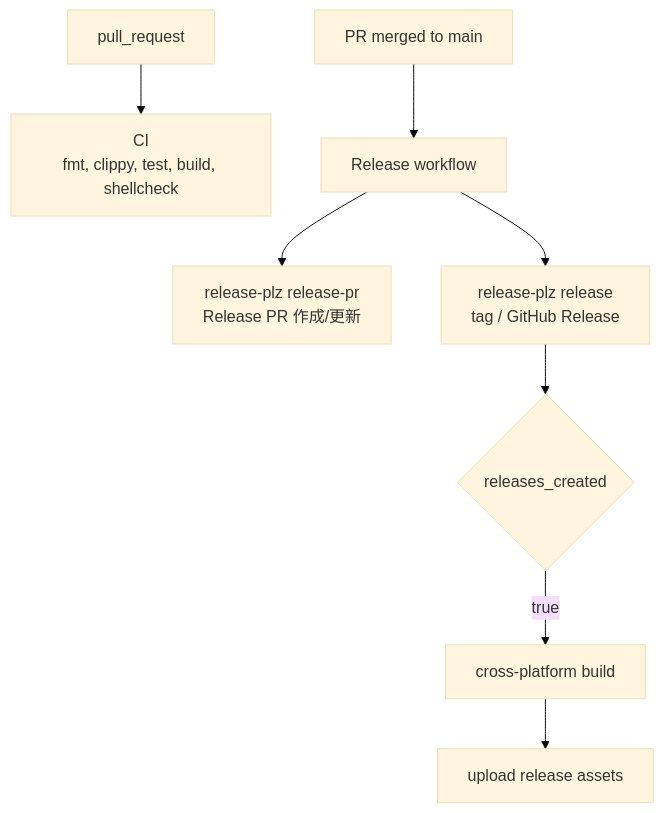
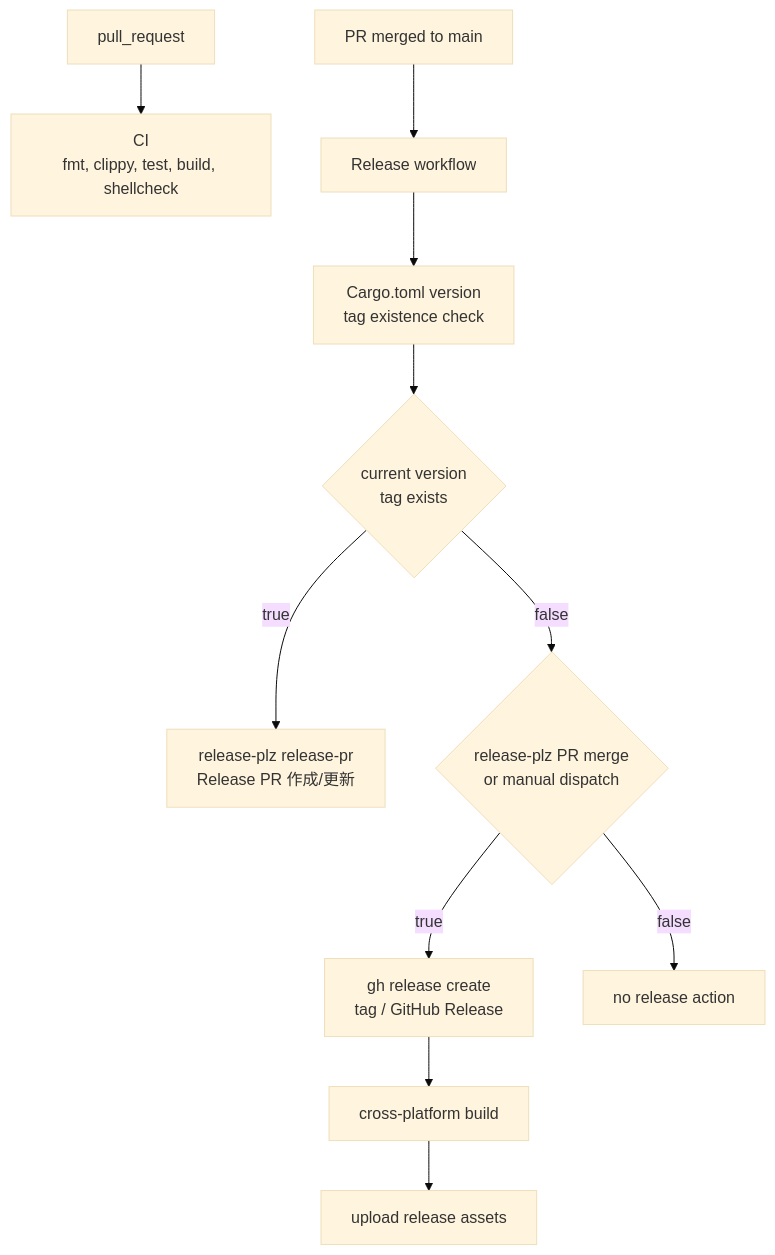
The diagram in docs/ci-cd/README.md (rurusasu/article-collector), drawn with Mermaid (base theme) before and after one commit. The commit also changed other lines of this file and 4 other files, not shown here.

Commit message:
fix: create GitHub releases without cargo publish

````diff
--- a/docs/ci-cd/README.md
+++ b/docs/ci-cd/README.md
@@ -10,10 +10,13 @@
 ```mermaid
 graph TB
   pr["pull_request"] --> ci["CI<br/>fmt, clippy, test, build, shellcheck"]
   merge["PR merged to main"] --> release["Release workflow"]
-  release --> rp["release-plz release-pr<br/>Release PR 作成/更新"]
-  release --> publish["release-plz release<br/>tag / GitHub Release"]
-  publish --> created{"releases_created"}
-  created -->|true| build["cross-platform build"]
+  release --> tagcheck["Cargo.toml version<br/>tag existence check"]
+  tagcheck --> exists{"current version<br/>tag exists"}
+  exists -->|true| rp["release-plz release-pr<br/>Release PR 作成/更新"]
+  exists -->|false| requested{"release-plz PR merge<br/>or manual dispatch"}
+  requested -->|true| publish["gh release create<br/>tag / GitHub Release"]
+  requested -->|false| noop["no release action"]
+  publish --> build["cross-platform build"]
   build --> upload["upload release assets"]
 ```
````
